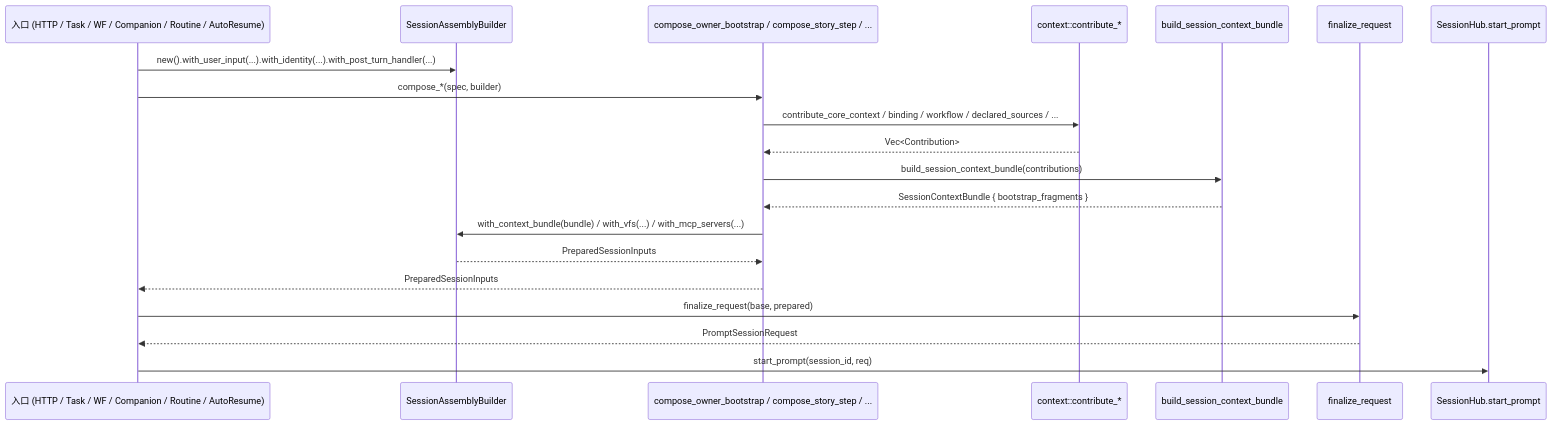
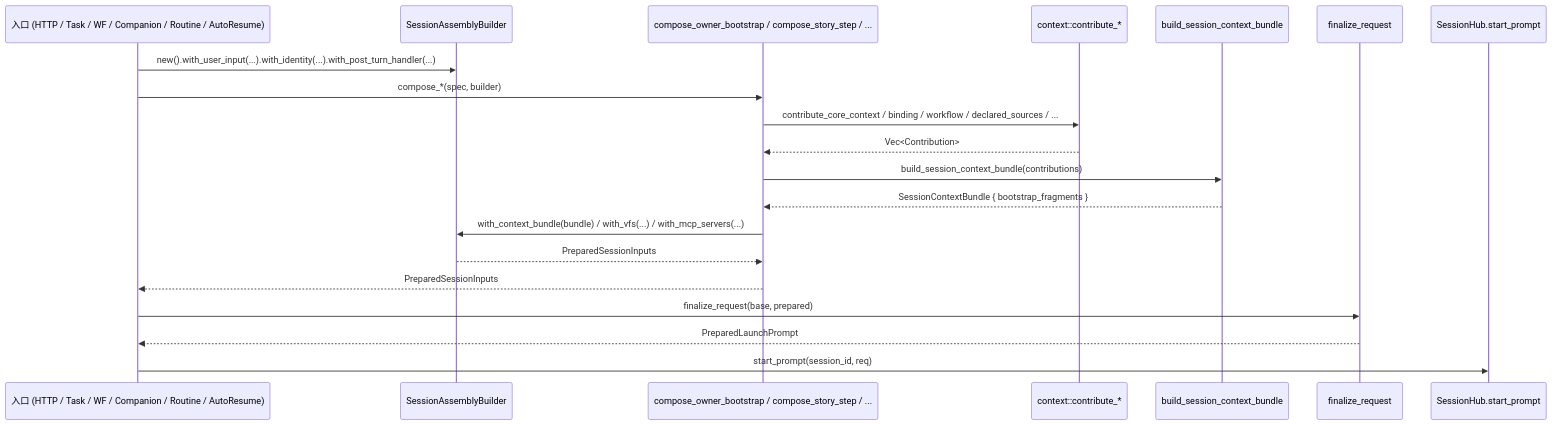
Before and after one commit to syan2018/AgentDash: the diagram in .trellis/spec/backend/session/session-startup-pipeline.md, drawn with Mermaid. The commit also changed other lines of this file and 72 other files, not shown here.

````diff
--- a/.trellis/spec/backend/session/session-startup-pipeline.md
+++ b/.trellis/spec/backend/session/session-startup-pipeline.md
@@ -201,23 +223,23 @@
 ```mermaid
 sequenceDiagram
     participant Entry as 入口 (HTTP / Task / WF / Companion / Routine / AutoResume)
     participant Builder as SessionAssemblyBuilder
     participant Compose as compose_owner_bootstrap / compose_story_step / ...
     participant Contribs as context::contribute_*
     participant Bundle as build_session_context_bundle
     participant Final as finalize_request
     participant Hub as SessionHub.start_prompt
 
     Entry->>Builder: new().with_user_input(...).with_identity(...).with_post_turn_handler(...)
     Entry->>Compose: compose_*(spec, builder)
     Compose->>Contribs: contribute_core_context / binding / workflow / declared_sources / ...
     Contribs-->>Compose: Vec<Contribution>
     Compose->>Bundle: build_session_context_bundle(contributions)
     Bundle-->>Compose: SessionContextBundle { bootstrap_fragments }
     Compose->>Builder: with_context_bundle(bundle) / with_vfs(...) / with_mcp_servers(...)
     Builder-->>Compose: PreparedSessionInputs
     Compose-->>Entry: PreparedSessionInputs
     Entry->>Final: finalize_request(base, prepared)
-    Final-->>Entry: PromptSessionRequest
+    Final-->>Entry: PreparedLaunchPrompt
     Entry->>Hub: start_prompt(session_id, req)
 ```
````
